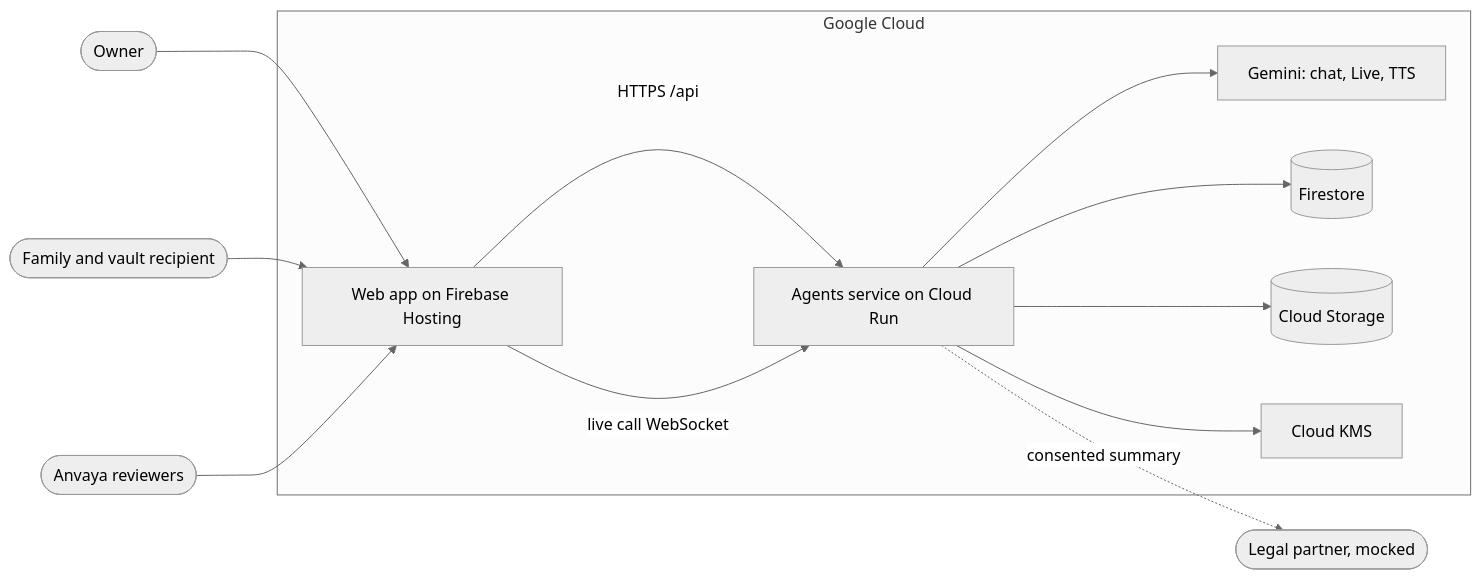
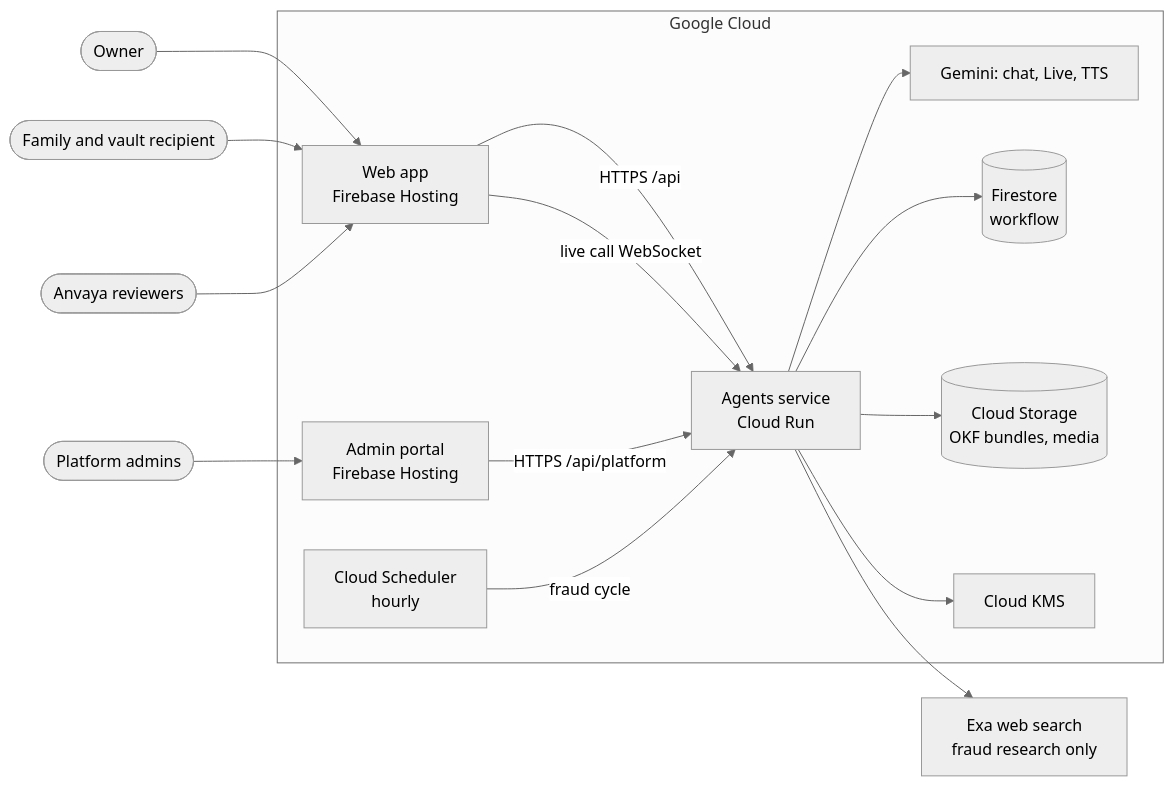
Before and after one commit to sachiachar/anvaya: the first of 4 diagrams in docs/architecture.md, drawn with Mermaid (neutral theme). The commit also changed other lines of this file and 2 other files, not shown here.

First line of the commit message:
Rewrite the architecture as a short overview for judges

````diff
--- a/docs/architecture.md
+++ b/docs/architecture.md
@@ -25,15 +22,18 @@
 ```mermaid
 flowchart LR
     owner(["Owner"]) --> app
     family(["Family and vault recipient"]) --> app
     team(["Anvaya reviewers"]) --> app
+    admin(["Platform admins"]) --> portal
     subgraph gcp ["Google Cloud"]
-        app["Web app on Firebase Hosting"] -->|"HTTPS /api"| api["Agents service on Cloud Run"]
+        app["Web app<br/>Firebase Hosting"] -->|"HTTPS /api"| api["Agents service<br/>Cloud Run"]
         app -->|"live call WebSocket"| api
+        portal["Admin portal<br/>Firebase Hosting"] -->|"HTTPS /api/platform"| api
+        sched["Cloud Scheduler<br/>hourly"] -->|"fraud cycle"| api
         api --> gemini["Gemini: chat, Live, TTS"]
-        api --> fs[("Firestore")]
-        api --> gcs[("Cloud Storage")]
+        api --> fs[("Firestore<br/>workflow")]
+        api --> gcs[("Cloud Storage<br/>OKF bundles, media")]
         api --> kms["Cloud KMS"]
     end
-    api -.->|"consented summary"| legal(["Legal partner, mocked"])
+    api --> exa["Exa web search<br/>fraud research only"]
 ```
````
